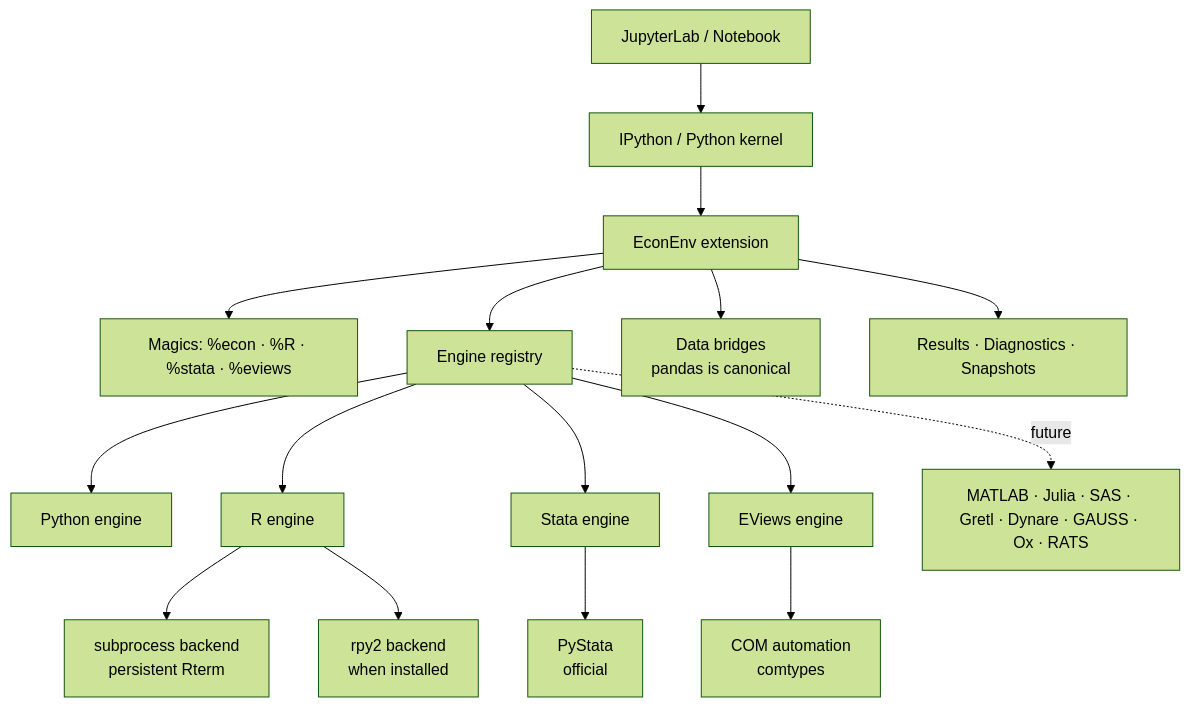
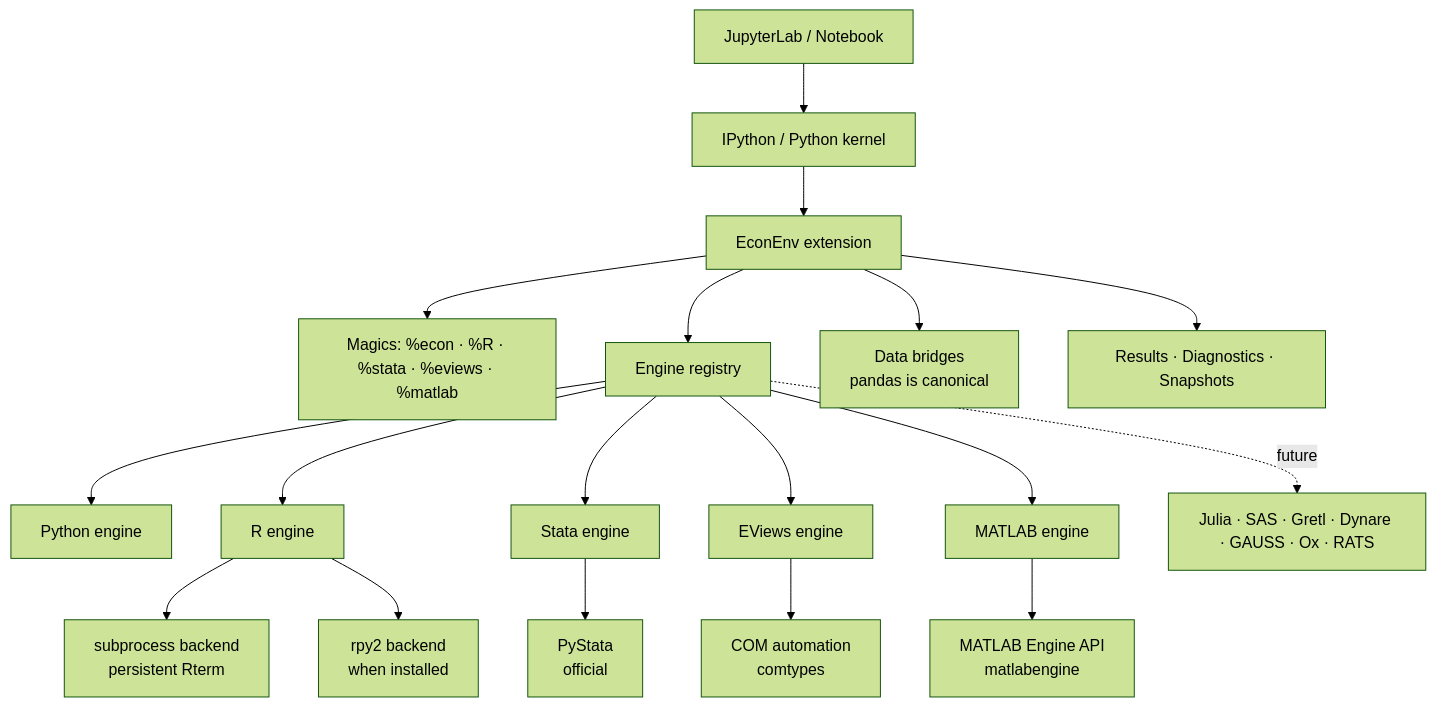
One commit to merwanroudane/econenv changed the diagram in README.md. Above: the diagram before and after it, drawn with Mermaid (forest theme). The commit also changed other lines of this file and 15 other files, not shown here.

````diff
--- a/README.md
+++ b/README.md
@@ -106,18 +106,20 @@
 ```mermaid
 graph TD
     A[JupyterLab / Notebook] --> B[IPython / Python kernel]
     B --> C[EconEnv extension]
-    C --> D[Magics: %econ · %R · %stata · %eviews]
+    C --> D[Magics: %econ · %R · %stata · %eviews · %matlab]
     C --> E[Engine registry]
     E --> F[Python engine]
     E --> G[R engine]
     E --> H[Stata engine]
     E --> I[EViews engine]
+    E --> M[MATLAB engine]
     G --> G1[subprocess backend<br/>persistent Rterm]
     G --> G2[rpy2 backend<br/>when installed]
     H --> H1[PyStata<br/>official]
     I --> I1[COM automation<br/>comtypes]
+    M --> M1[MATLAB Engine API<br/>matlabengine]
     C --> J[Data bridges<br/>pandas is canonical]
     C --> K[Results · Diagnostics · Snapshots]
-    E -.future.-> L[MATLAB · Julia · SAS · Gretl · Dynare · GAUSS · Ox · RATS]
+    E -.future.-> L[Julia · SAS · Gretl · Dynare · GAUSS · Ox · RATS]
 ```
````
